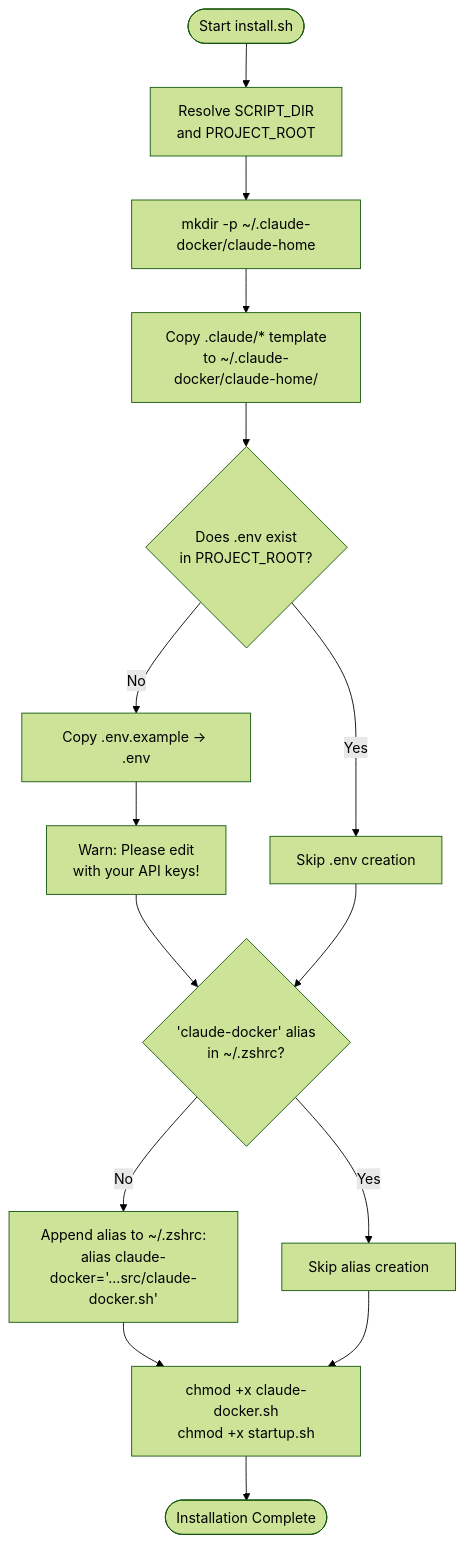
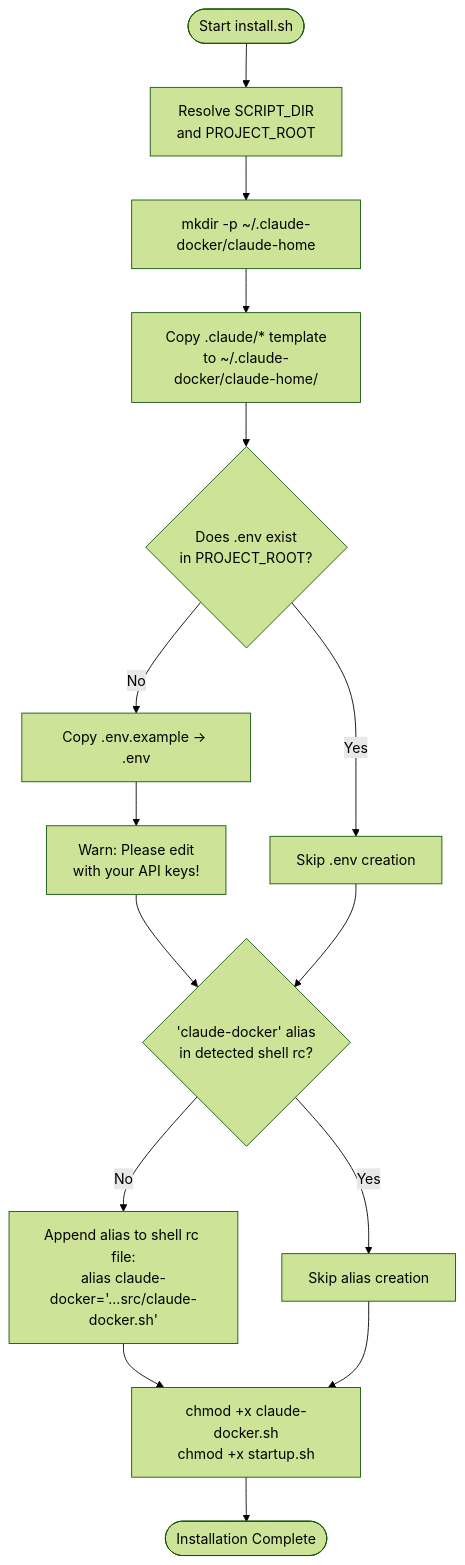
The second of 14 diagrams in docs/architecture-diagrams.md (VishalJ99/claude-docker), drawn with Mermaid (forest theme) before and after one commit. The commit also changed other lines of this file and 5 other files, not shown here.

````diff
--- a/docs/architecture-diagrams.md
+++ b/docs/architecture-diagrams.md
@@ -65,29 +67,29 @@
 ```mermaid
 flowchart TD
     Start([Start install.sh]) --> GetPaths["Resolve SCRIPT_DIR<br/>and PROJECT_ROOT"]
 
     GetPaths --> CreateDir["mkdir -p ~/.claude-docker/claude-home"]
 
     CreateDir --> CopyTemplate["Copy .claude/* template<br/>to ~/.claude-docker/claude-home/"]
 
     CopyTemplate --> CheckEnv{"Does .env exist<br/>in PROJECT_ROOT?"}
 
     CheckEnv -->|No| CreateEnv["Copy .env.example → .env"]
     CheckEnv -->|Yes| SkipEnv["Skip .env creation"]
 
     CreateEnv --> WarnEdit["Warn: Please edit<br/>with your API keys!"]
     WarnEdit --> CheckAlias
     SkipEnv --> CheckAlias
 
-    CheckAlias{"'claude-docker' alias<br/>in ~/.zshrc?"}
+    CheckAlias{"'claude-docker' alias<br/>in detected shell rc?"}
 
-    CheckAlias -->|No| AddAlias["Append alias to ~/.zshrc:<br/>alias claude-docker='...src/claude-docker.sh'"]
+    CheckAlias -->|No| AddAlias["Append alias to shell rc file:<br/>alias claude-docker='...src/claude-docker.sh'"]
     CheckAlias -->|Yes| SkipAlias["Skip alias creation"]
 
     AddAlias --> MakeExec
     SkipAlias --> MakeExec
 
     MakeExec["chmod +x claude-docker.sh<br/>chmod +x startup.sh"]
 
     MakeExec --> Done([Installation Complete])
 ```
````
